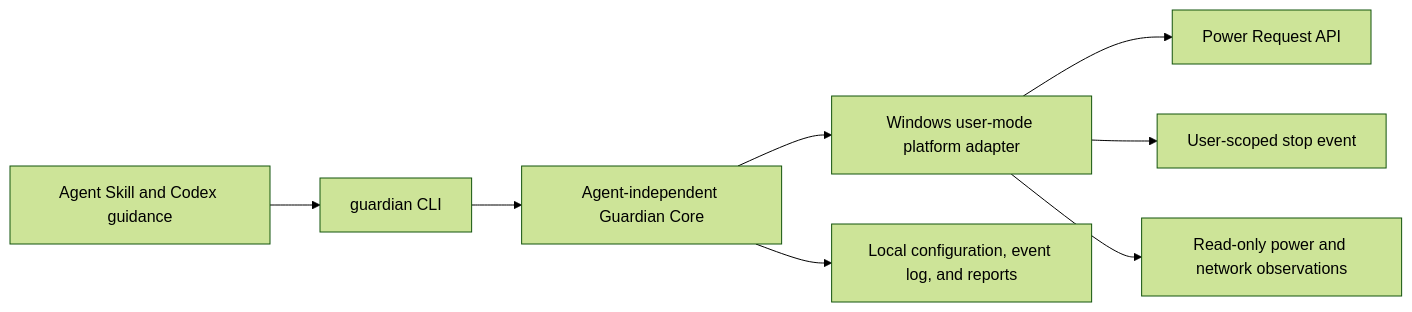
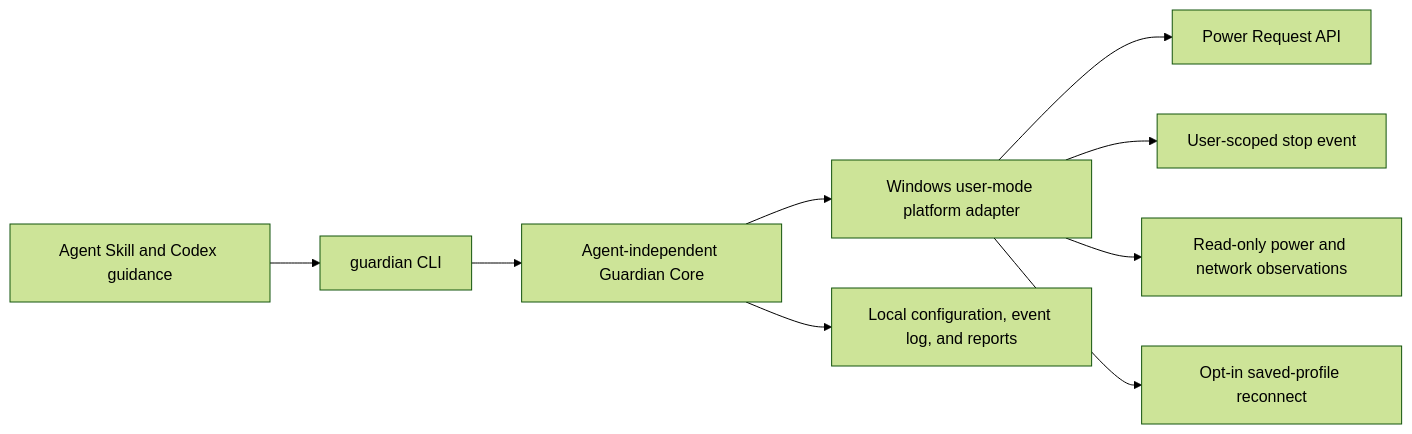
The diagram in docs/architecture/overview.md (abdulrahmansad/agent-guardian), drawn with Mermaid (forest theme) before and after one commit. The commit also changed other lines of this file and 14 other files, not shown here.

````diff
--- a/docs/architecture/overview.md
+++ b/docs/architecture/overview.md
@@ -5,10 +5,11 @@
 ```mermaid
 flowchart LR
   Skill[Agent Skill and Codex guidance] --> CLI[guardian CLI]
   CLI --> Core[Agent-independent Guardian Core]
   Core --> Win[Windows user-mode platform adapter]
   Core --> Local[Local configuration, event log, and reports]
   Win --> Power[Power Request API]
   Win --> Stop[User-scoped stop event]
   Win --> Observe[Read-only power and network observations]
+  Win --> Recovery[Opt-in saved-profile reconnect]
 ```
````
